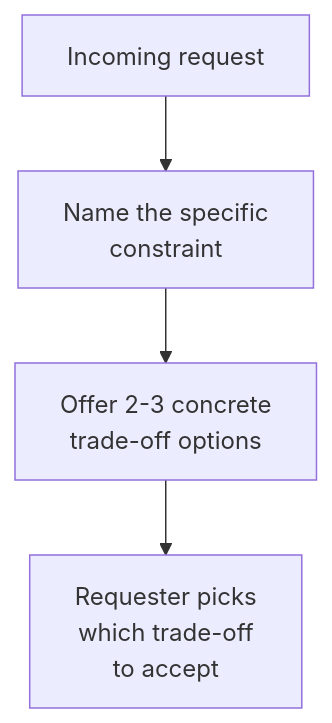
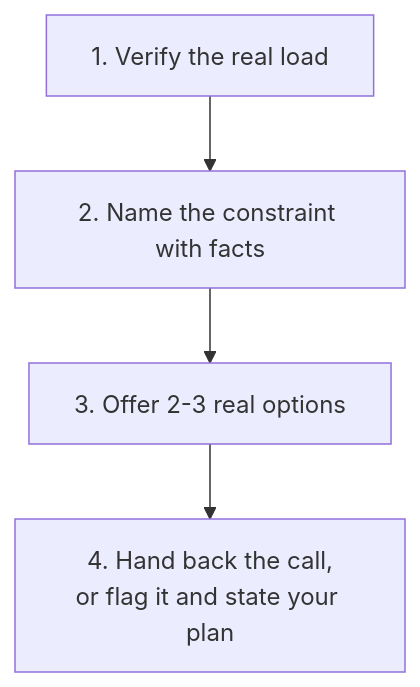
One commit to francoandreDev/knowledge changed the diagram in src/content/business-communication/pushback-frameworks/L2-concept.mdx. Above: the diagram before and after it, drawn with Mermaid. The commit also changed other lines of this file and 3 other files, not shown here.

````diff
--- a/src/content/business-communication/pushback-frameworks/L2-concept.mdx
+++ b/src/content/business-communication/pushback-frameworks/L2-concept.mdx
@@ -57,6 +65,6 @@
 ```mermaid
 flowchart TD
-    Request["Incoming request"] --> Constraint["Name the specific\nconstraint"]
-    Constraint --> Options["Offer 2-3 concrete\ntrade-off options"]
-    Options --> Decision["Requester picks\nwhich trade-off\nto accept"]
+    A["1. Verify the real load"] --> B["2. Name the constraint with facts"]
+    B --> C["3. Offer 2-3 real options"]
+    C --> D["4. Hand back the call,\nor flag it and state your plan"]
 ```
````
